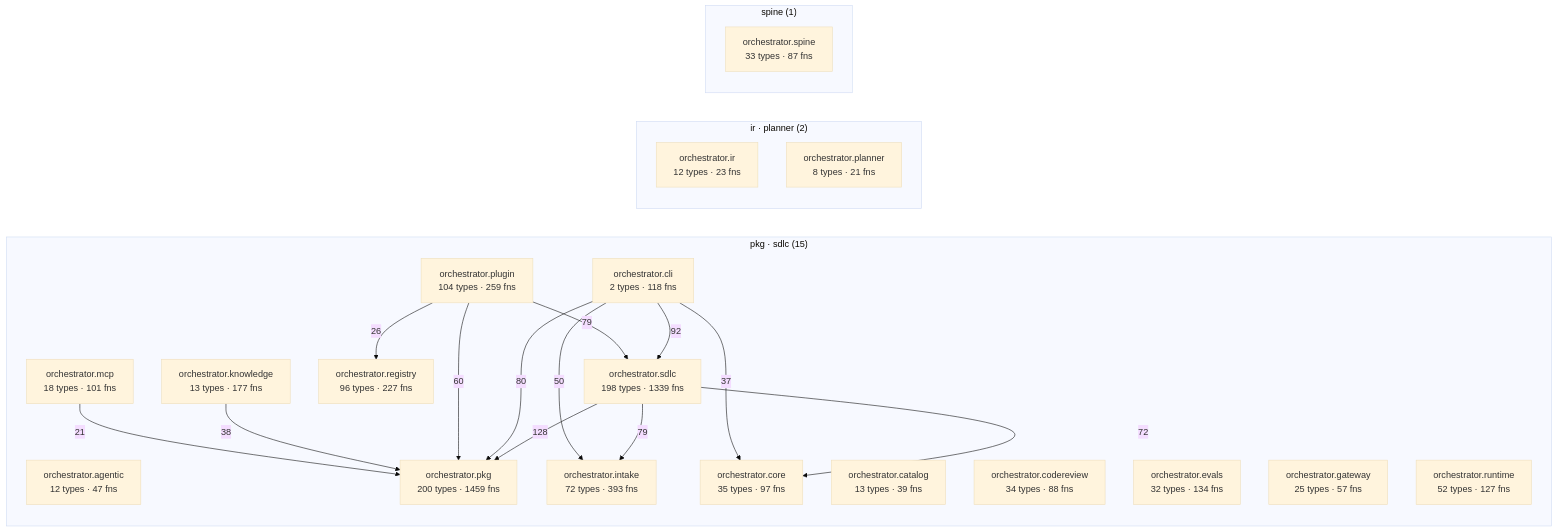
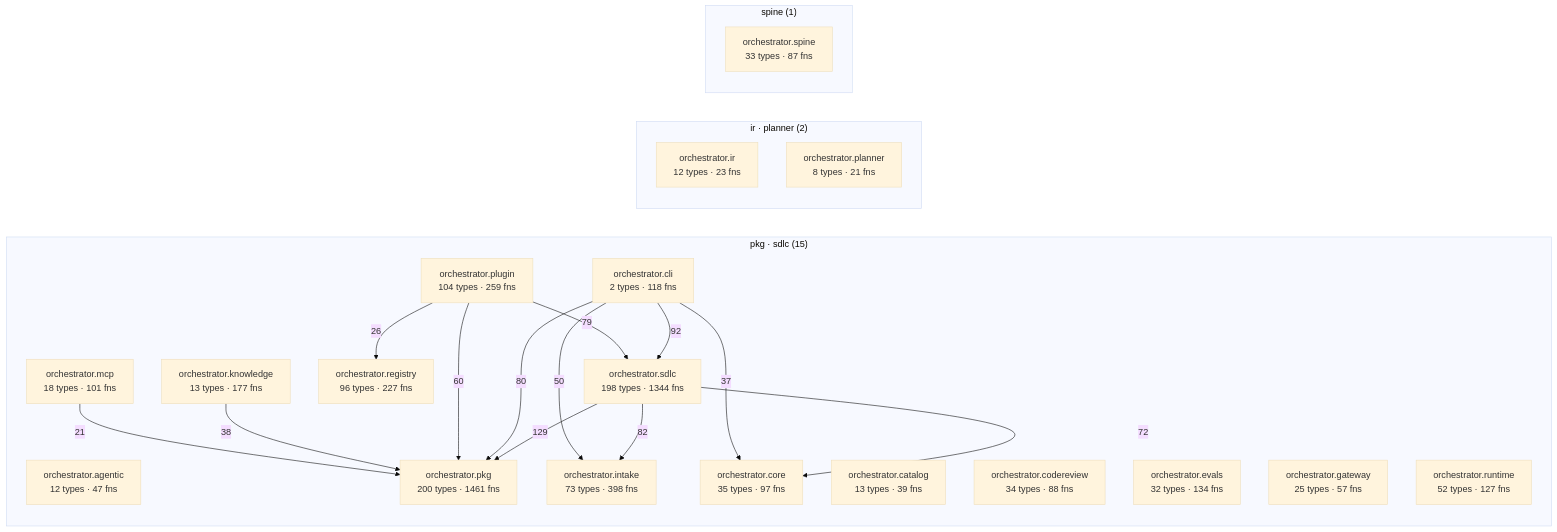
One commit to synaptixs/spine changed the diagram in episteme/architecture.md. Above: the diagram before and after it, drawn with Mermaid (base theme). The commit also changed other lines of this file and 19 other files, not shown here.

````diff
--- a/episteme/architecture.md
+++ b/episteme/architecture.md
@@ -56,39 +56,39 @@
 ```mermaid
 flowchart LR
   subgraph c_2["pkg · sdlc (15)"]
     aorchestratoragentic["orchestrator.agentic<br/>12 types · 47 fns"]
     aorchestratorcatalog["orchestrator.catalog<br/>13 types · 39 fns"]
     aorchestratorcli["orchestrator.cli<br/>2 types · 118 fns"]
     aorchestratorcodereview["orchestrator.codereview<br/>34 types · 88 fns"]
     aorchestratorcore["orchestrator.core<br/>35 types · 97 fns"]
     aorchestratorevals["orchestrator.evals<br/>32 types · 134 fns"]
     aorchestratorgateway["orchestrator.gateway<br/>25 types · 57 fns"]
-    aorchestratorintake["orchestrator.intake<br/>72 types · 393 fns"]
+    aorchestratorintake["orchestrator.intake<br/>73 types · 398 fns"]
     aorchestratorknowledge["orchestrator.knowledge<br/>13 types · 177 fns"]
     aorchestratormcp["orchestrator.mcp<br/>18 types · 101 fns"]
-    aorchestratorpkg["orchestrator.pkg<br/>200 types · 1459 fns"]
+    aorchestratorpkg["orchestrator.pkg<br/>200 types · 1461 fns"]
     aorchestratorplugin["orchestrator.plugin<br/>104 types · 259 fns"]
     aorchestratorregistry["orchestrator.registry<br/>96 types · 227 fns"]
     aorchestratorruntime["orchestrator.runtime<br/>52 types · 127 fns"]
-    aorchestratorsdlc["orchestrator.sdlc<br/>198 types · 1339 fns"]
+    aorchestratorsdlc["orchestrator.sdlc<br/>198 types · 1344 fns"]
   end
   subgraph c_6["ir · planner (2)"]
     aorchestratorir["orchestrator.ir<br/>12 types · 23 fns"]
     aorchestratorplanner["orchestrator.planner<br/>8 types · 21 fns"]
   end
   subgraph c_12["spine (1)"]
     aorchestratorspine["orchestrator.spine<br/>33 types · 87 fns"]
   end
-  aorchestratorsdlc -->|128| aorchestratorpkg
+  aorchestratorsdlc -->|129| aorchestratorpkg
   aorchestratorcli -->|92| aorchestratorsdlc
+  aorchestratorsdlc -->|82| aorchestratorintake
   aorchestratorcli -->|80| aorchestratorpkg
   aorchestratorplugin -->|79| aorchestratorsdlc
-  aorchestratorsdlc -->|79| aorchestratorintake
   aorchestratorsdlc -->|72| aorchestratorcore
   aorchestratorplugin -->|60| aorchestratorpkg
   aorchestratorcli -->|50| aorchestratorintake
   aorchestratorknowledge -->|38| aorchestratorpkg
   aorchestratorcli -->|37| aorchestratorcore
   aorchestratorplugin -->|26| aorchestratorregistry
   aorchestratormcp -->|21| aorchestratorpkg
 ```
````
